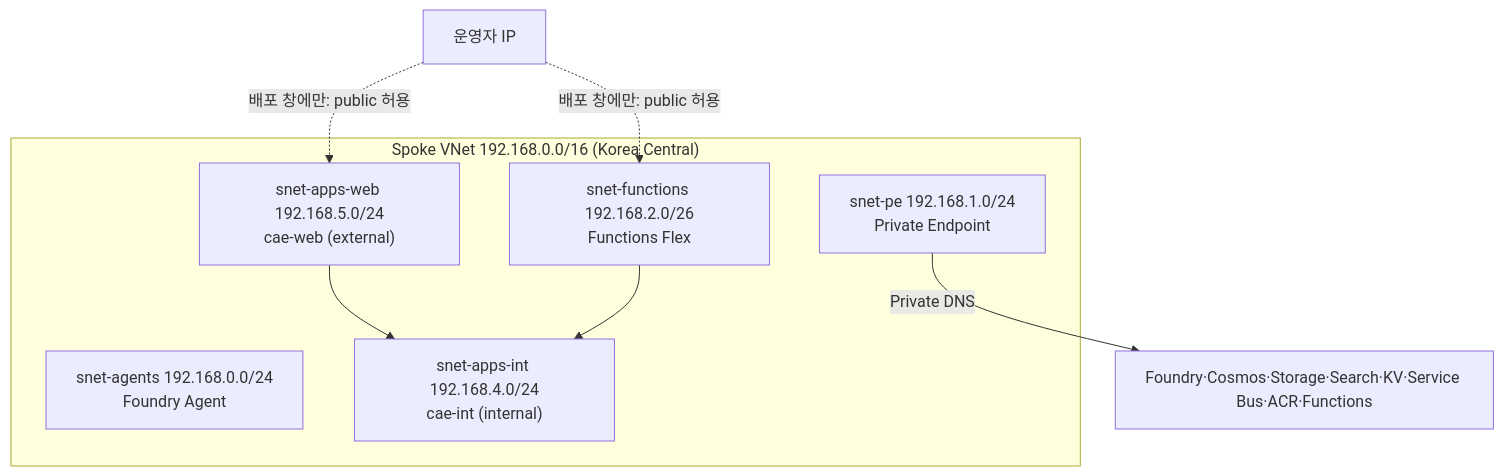
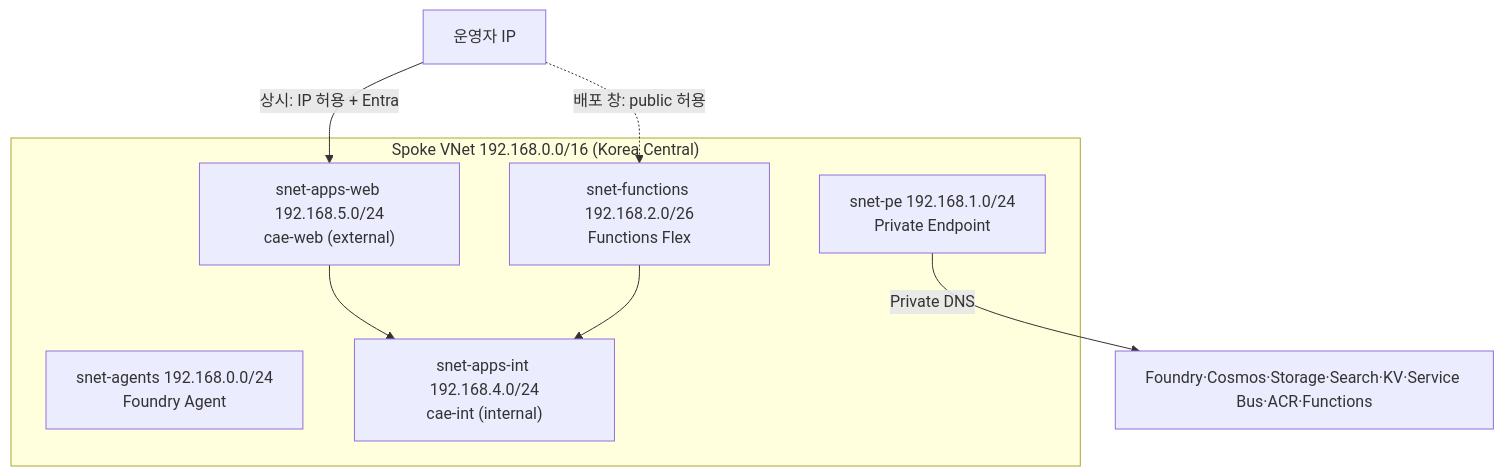
The third of 5 diagrams in docs/architecture.md (freeman9844/ms-ama-04), drawn with Mermaid before and after one commit. The commit also changed other lines of this file and 1 other file, not shown here.

First line of the commit message:
docs(p6c): correct architecture facts from review

````diff
--- a/docs/architecture.md
+++ b/docs/architecture.md
@@ -90,16 +99,16 @@
 ```mermaid
 flowchart TB
   subgraph vnet["Spoke VNet 192.168.0.0/16 (Korea Central)"]
     agents["snet-agents 192.168.0.0/24<br/>Foundry Agent"]
     pe["snet-pe 192.168.1.0/24<br/>Private Endpoint"]
     fn["snet-functions 192.168.2.0/26<br/>Functions Flex"]
     appsint["snet-apps-int 192.168.4.0/24<br/>cae-int (internal)"]
     appsweb["snet-apps-web 192.168.5.0/24<br/>cae-web (external)"]
   end
   operator["운영자 IP"]
   pe -->|Private DNS| data["Foundry·Cosmos·Storage·Search·KV·Service Bus·ACR·Functions"]
-  operator -.->|배포 창에만: public 허용| appsweb
-  operator -.->|배포 창에만: public 허용| fn
+  operator -->|상시: IP 허용 + Entra| appsweb
+  operator -.->|배포 창: public 허용| fn
   appsweb --> appsint
   fn --> appsint
 ```
````
